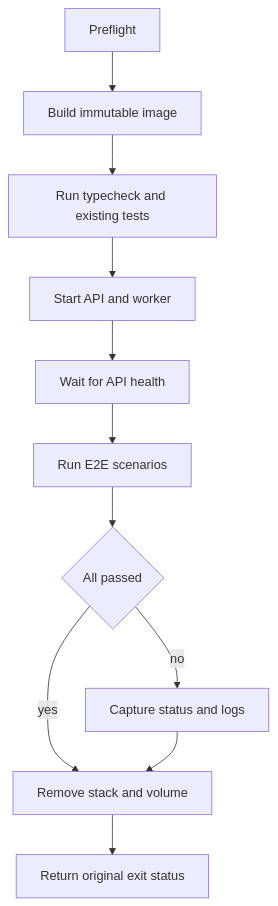
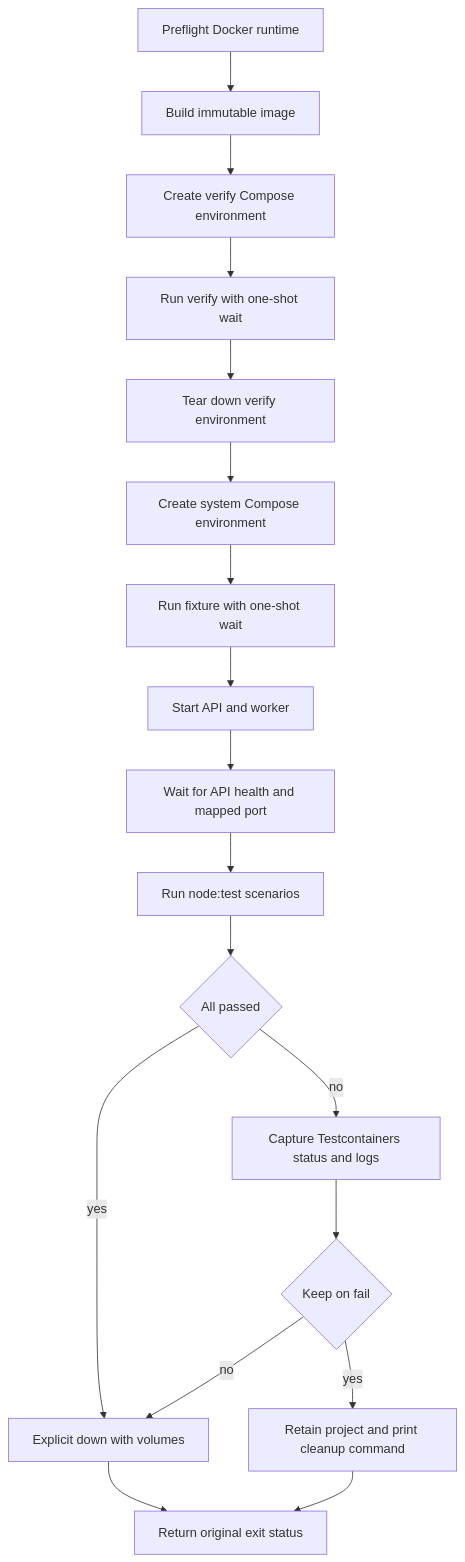
One commit to aywengo/mercury changed the second of 2 diagrams in docs/local-e2e-design.md. Above: the diagram before and after it, drawn with Mermaid. The commit also changed other lines of this file, not shown here.

Commit message:
docs: adopt Testcontainers for local E2E design

````diff
--- a/docs/local-e2e-design.md
+++ b/docs/local-e2e-design.md
@@ -397,13 +442,20 @@
 ```mermaid
 flowchart TD
-  Preflight[Preflight] --> Build[Build immutable image]
-  Build --> Verify[Run typecheck and existing tests]
-  Verify --> Start[Start API and worker]
-  Start --> Health[Wait for API health]
-  Health --> Scenarios[Run E2E scenarios]
+  Preflight[Preflight Docker runtime] --> Build[Build immutable image]
+  Build --> VerifyEnv["Create verify Compose environment"]
+  VerifyEnv --> Verify["Run verify with one-shot wait"]
+  Verify --> VerifyDown["Tear down verify environment"]
+  VerifyDown --> SystemEnv["Create system Compose environment"]
+  SystemEnv --> Fixture["Run fixture with one-shot wait"]
+  Fixture --> Start[Start API and worker]
+  Start --> Health["Wait for API health and mapped port"]
+  Health --> Scenarios["Run node:test scenarios"]
   Scenarios --> Success{All passed}
-  Success -->|yes| Cleanup[Remove stack and volume]
-  Success -->|no| Diagnose[Capture status and logs]
-  Diagnose --> Cleanup
+  Success -->|yes| Cleanup["Explicit down with volumes"]
+  Success -->|no| Diagnose["Capture Testcontainers status and logs"]
+  Diagnose --> Keep{Keep on fail}
+  Keep -->|no| Cleanup
+  Keep -->|yes| Retain["Retain project and print cleanup command"]
   Cleanup --> Result[Return original exit status]
+  Retain --> Result
 ```
````
